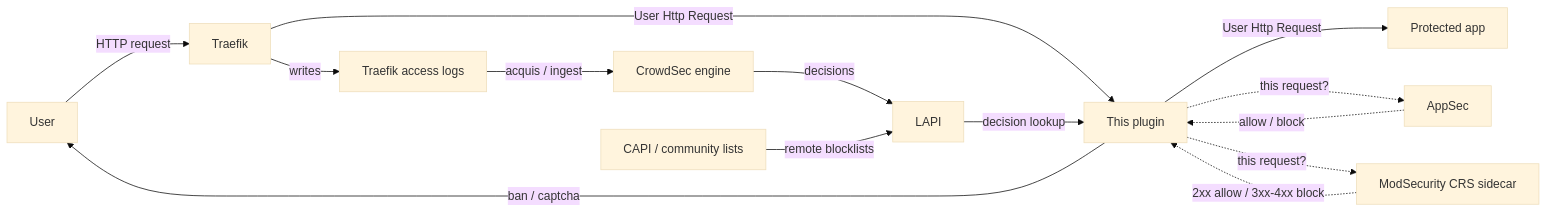
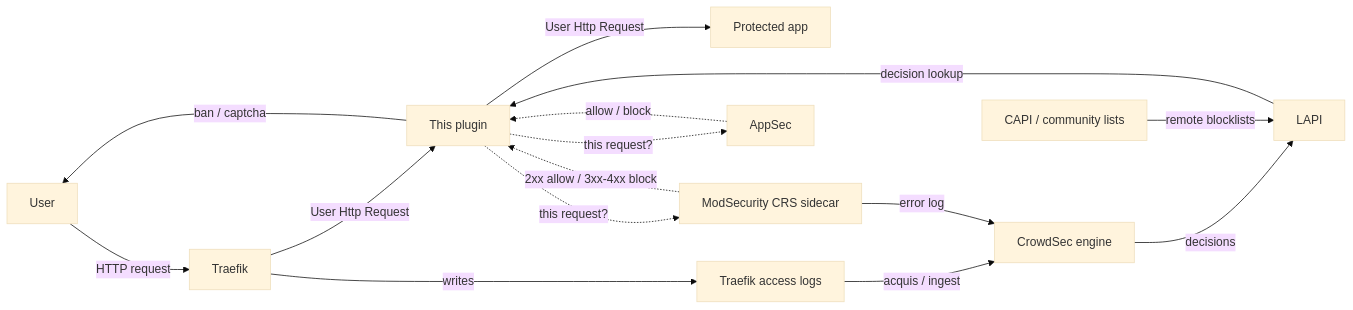
Before and after one commit to david-garcia-garcia/crowdsec-bouncer-traefik-plugin: the first of 4 diagrams in README.md, drawn with Mermaid (base theme). The commit also changed other lines of this file and 64 other files, not shown here.

````diff
--- a/README.md
+++ b/README.md
@@ -70,27 +70,28 @@
 ```mermaid
 flowchart LR
   User["User"]
   Traefik["Traefik"]
   Plugin["This plugin"]
   Origin["Protected app"]
   Logs["Traefik access logs"]
   Engine["CrowdSec engine"]
   LAPI["LAPI"]
   CAPI["CAPI / community lists"]
   AppSec["AppSec"]
   ModSec["ModSecurity CRS sidecar"]
 
   User -->|"HTTP request"| Traefik
   Traefik -->|"User Http Request"| Plugin
   Plugin -->|"User Http Request"| Origin
   Plugin -->|"ban / captcha"| User
   Traefik -->|"writes"| Logs
   Logs -->|"acquis / ingest"| Engine
   Engine -->|"decisions"| LAPI
   CAPI -->|"remote blocklists"| LAPI
   LAPI -->|"decision lookup"| Plugin
   Plugin -.->|"this request?"| AppSec
   AppSec -.->|"allow / block"| Plugin
   Plugin -.->|"this request?"| ModSec
   ModSec -.->|"2xx allow / 3xx-4xx block"| Plugin
+  ModSec -->|"error log"| Engine
 ```
````
